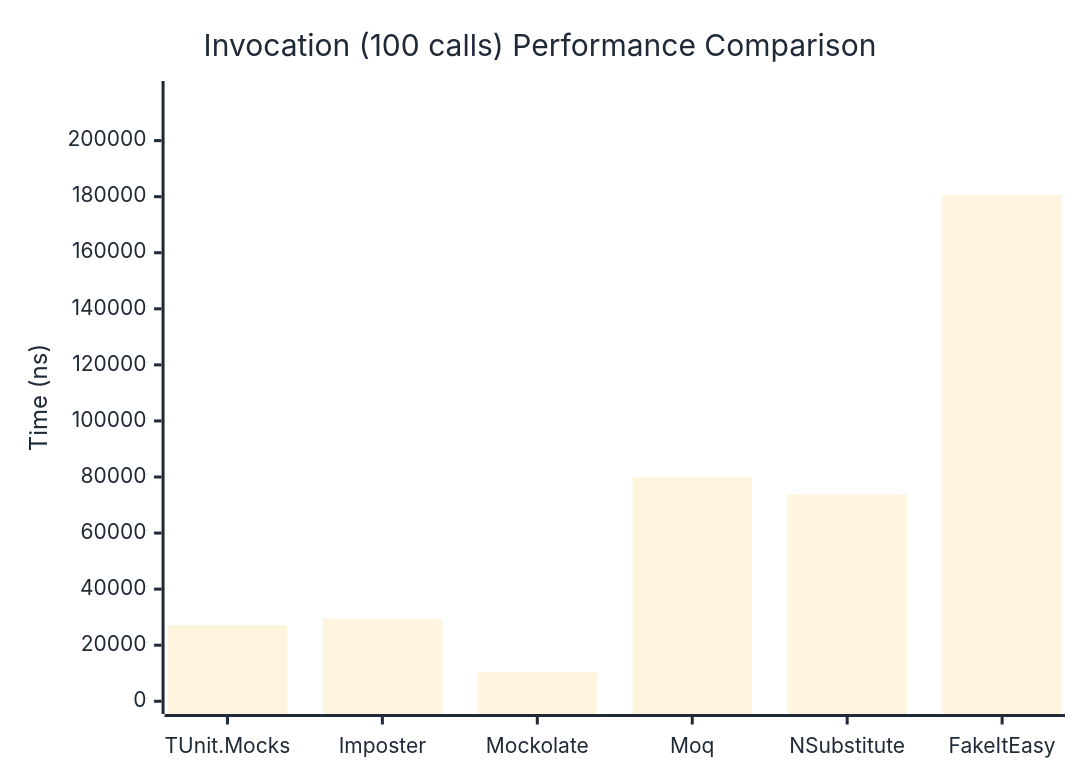
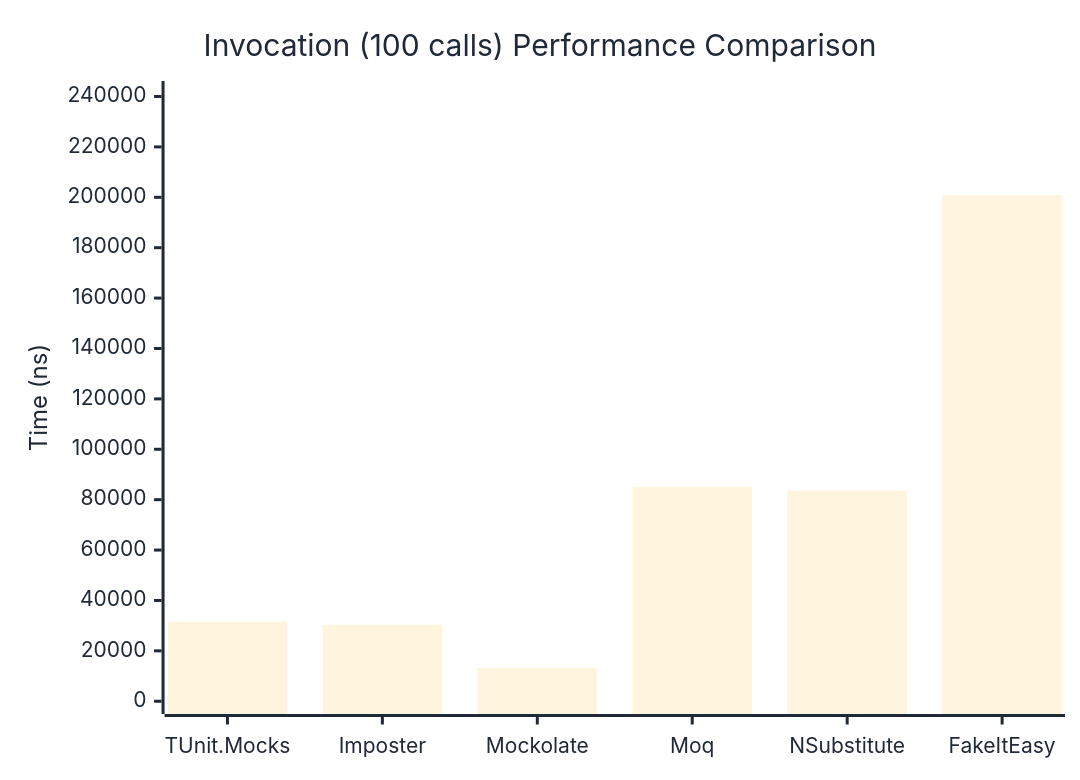
Before and after one commit to thomhurst/TUnit: the third of 3 diagrams in docs/docs/benchmarks/mocks/Invocation.md, drawn with Mermaid. The commit also changed other lines of this file and 14 other files, not shown here.

````diff
--- a/docs/docs/benchmarks/mocks/Invocation.md
+++ b/docs/docs/benchmarks/mocks/Invocation.md
@@ -112,27 +112,27 @@
 ```mermaid
 %%{init: {
   'theme':'base',
   'themeVariables': {
     'primaryColor': '#2563eb',
     'primaryTextColor': '#1f2937',
     'primaryBorderColor': '#1e40af',
     'lineColor': '#6b7280',
     'secondaryColor': '#7c3aed',
     'tertiaryColor': '#dc2626',
     'background': '#ffffff',
     'pie1': '#2563eb',
     'pie2': '#7c3aed',
     'pie3': '#dc2626',
     'pie4': '#f59e0b',
     'pie5': '#10b981',
     'pie6': '#06b6d4',
     'pie7': '#ec4899',
     'pie8': '#6366f1'
   }
 }}%%
 xychart-beta
   title "Invocation (100 calls) Performance Comparison"
   x-axis ["TUnit.Mocks", "Imposter", "Mockolate", "Moq", "NSubstitute", "FakeItEasy"]
-  y-axis "Time (ns)" 0 --> 216726
-  bar [27119.77, 29375.44, 10307.65, 80072.1, 73798.98, 180604.71]
+  y-axis "Time (ns)" 0 --> 241095
+  bar [31592.8, 30385.5, 13289.4, 85065.2, 83541.6, 200912.3]
 ```
````
